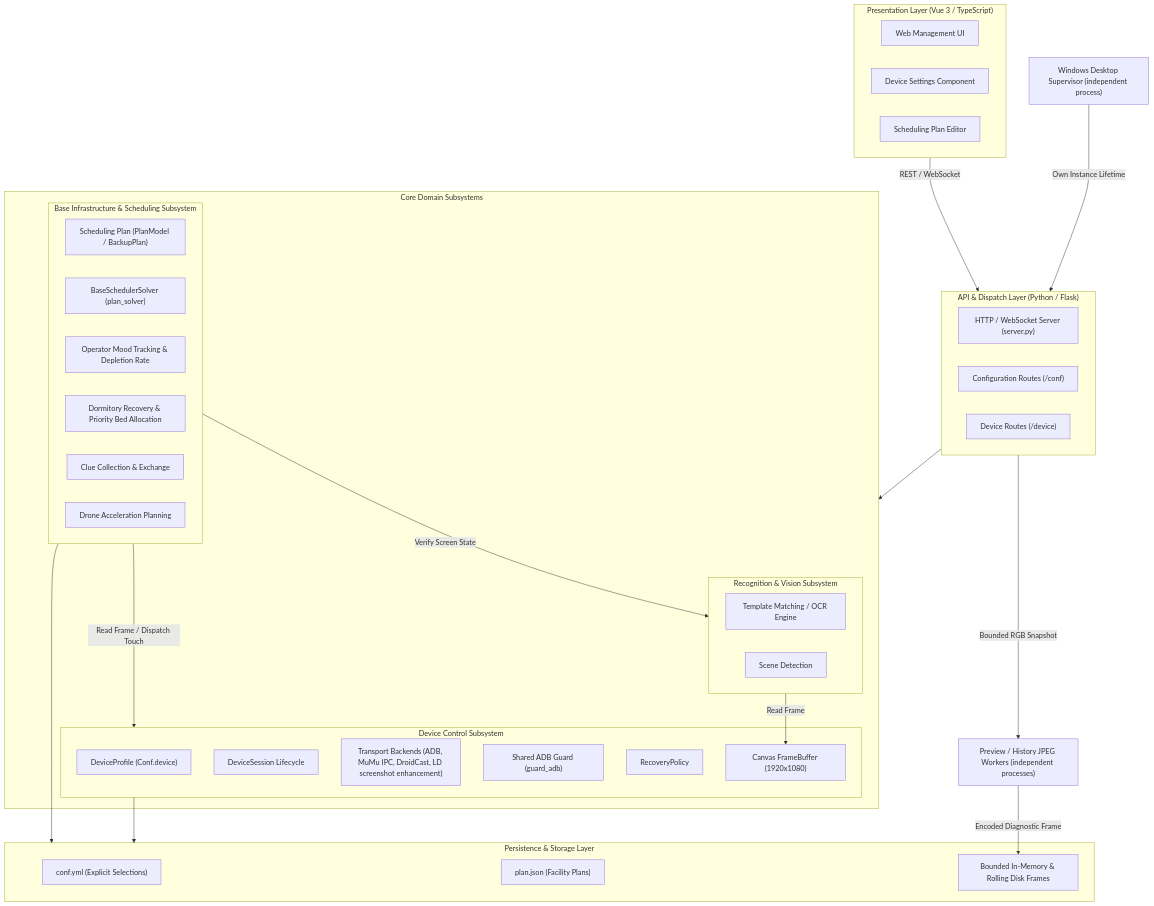
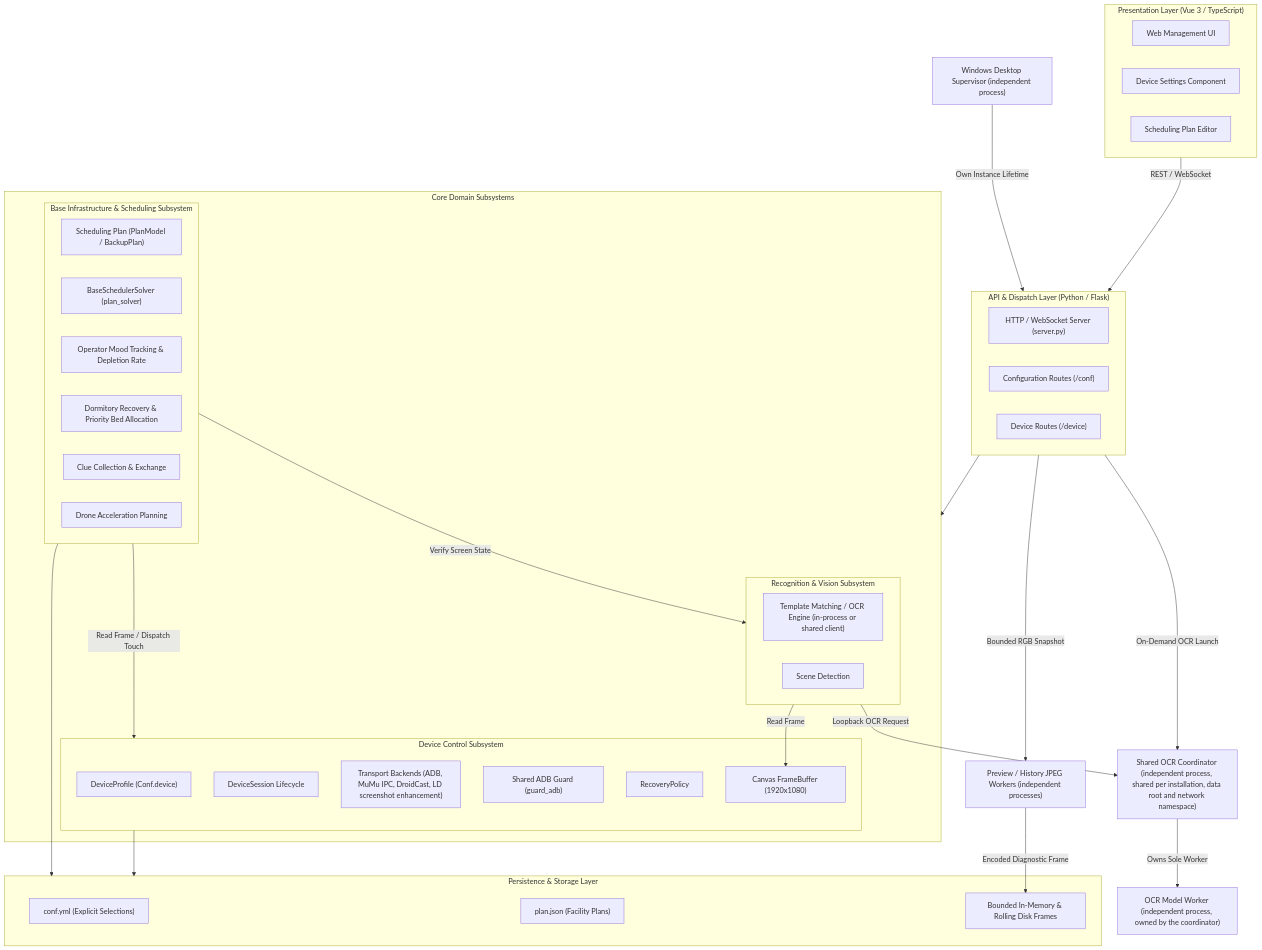
One commit to ArkMowers/arknights-mower changed the diagram in docs/architecture.md. Above: the diagram before and after it, drawn with Mermaid. The commit also changed other lines of this file and 25 other files, not shown here.

````diff
--- a/docs/architecture.md
+++ b/docs/architecture.md
@@ -5,59 +5,64 @@
 ```mermaid
 flowchart TD
     subgraph UI ["Presentation Layer (Vue 3 / TypeScript)"]
         WebUI["Web Management UI"]
         DeviceSettings["Device Settings Component"]
         PlanEditor["Scheduling Plan Editor"]
     end
 
     subgraph Service ["API & Dispatch Layer (Python / Flask)"]
         Server["HTTP / WebSocket Server (server.py)"]
         ConfRouter["Configuration Routes (/conf)"]
         DeviceRouter["Device Routes (/device)"]
     end
 
     Supervisor["Windows Desktop Supervisor (independent process)"]
     JPEG["Preview / History JPEG Workers (independent processes)"]
+    OCRCoordinator["Shared OCR Coordinator (independent process, shared per installation, data root and network namespace)"]
+    OCRWorker["OCR Model Worker (independent process, owned by the coordinator)"]
 
     subgraph Subsystems ["Core Domain Subsystems"]
         subgraph DeviceSubsystem ["Device Control Subsystem"]
             Profile["DeviceProfile (Conf.device)"]
             Session["DeviceSession Lifecycle"]
             Transport["Transport Backends (ADB, MuMu IPC, DroidCast, LD screenshot enhancement)"]
             SharedAdb["Shared ADB Guard (guard_adb)"]
             Recovery["RecoveryPolicy"]
             Buffer["Canvas FrameBuffer (1920x1080)"]
         end
 
         subgraph BaseSubsystem ["Base Infrastructure & Scheduling Subsystem"]
             Plan["Scheduling Plan (PlanModel / BackupPlan)"]
             Scheduler["BaseSchedulerSolver (plan_solver)"]
             Mood["Operator Mood Tracking & Depletion Rate"]
             Dorm["Dormitory Recovery & Priority Bed Allocation"]
             Clue["Clue Collection & Exchange"]
             Drone["Drone Acceleration Planning"]
         end
 
         subgraph RecSubsystem ["Recognition & Vision Subsystem"]
-            Matcher["Template Matching / OCR Engine"]
+            Matcher["Template Matching / OCR Engine (in-process or shared client)"]
             Scene["Scene Detection"]
         end
     end
 
     subgraph Persistence ["Persistence & Storage Layer"]
         ConfFile["conf.yml (Explicit Selections)"]
         PlanFile["plan.json (Facility Plans)"]
         RingBuffer["Bounded In-Memory & Rolling Disk Frames"]
     end
 
     UI -->|REST / WebSocket| Service
     Supervisor -->|Own Instance Lifetime| Service
     Service -->|Bounded RGB Snapshot| JPEG
     JPEG -->|Encoded Diagnostic Frame| RingBuffer
+    Service -->|On-Demand OCR Launch| OCRCoordinator
     Service --> Subsystems
     DeviceSubsystem --> Persistence
     BaseSubsystem --> Persistence
     BaseSubsystem -->|Read Frame / Dispatch Touch| DeviceSubsystem
     BaseSubsystem -->|Verify Screen State| RecSubsystem
+    RecSubsystem -->|Loopback OCR Request| OCRCoordinator
+    OCRCoordinator -->|Owns Sole Worker| OCRWorker
     RecSubsystem -->|Read Frame| Buffer
 ```
````
